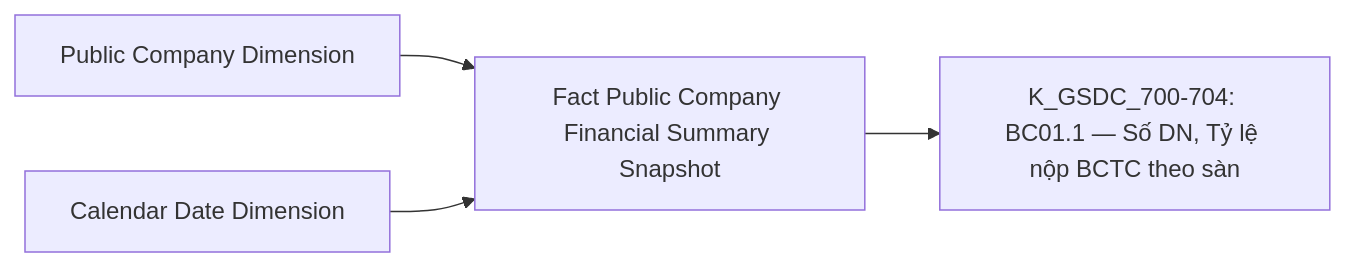
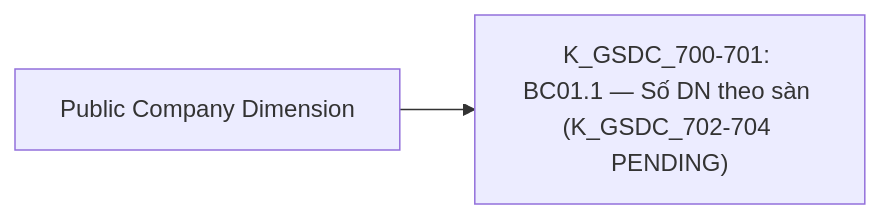
Diagram 16 of 21 in Datamart/hld/DTM_GSDC_HLD.md (linhlvit/ubck_atomic_design), drawn with Mermaid before and after one commit. The commit also changed other lines of this file and 19 other files, not shown here.

````diff
--- a/Datamart/hld/DTM_GSDC_HLD.md
+++ b/Datamart/hld/DTM_GSDC_HLD.md
@@ -2078,6 +2076,4 @@
 ```mermaid
 flowchart LR
-    fct_public_company_financial_summary_snpst["Fact Public Company Financial Summary Snapshot"] --> R40["K_GSDC_700-704: BC01.1 — Số DN, Tỷ lệ nộp BCTC theo sàn"]
-    public_company_dim["Public Company Dimension"] --> fct_public_company_financial_summary_snpst
-    cdr_dt_dim["Calendar Date Dimension"] --> fct_public_company_financial_summary_snpst
+    public_company_dim["Public Company Dimension"] --> R40["K_GSDC_700-701: BC01.1 — Số DN theo sàn (K_GSDC_702-704 PENDING)"]
 ```
````
